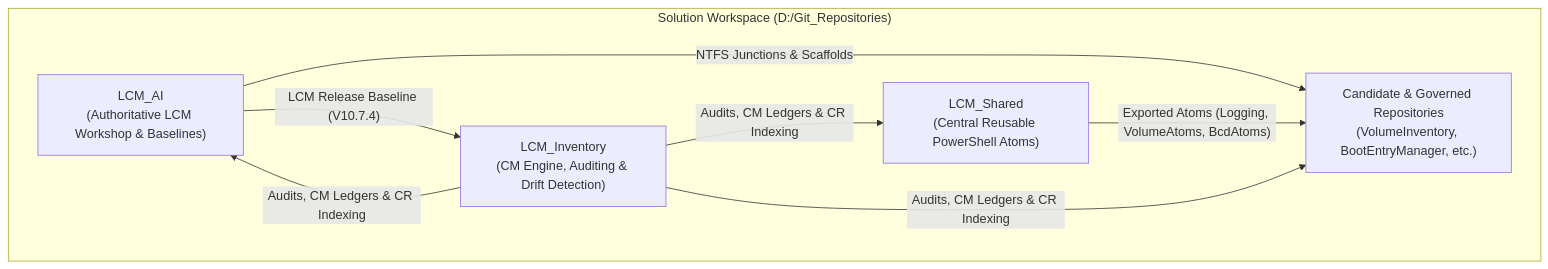
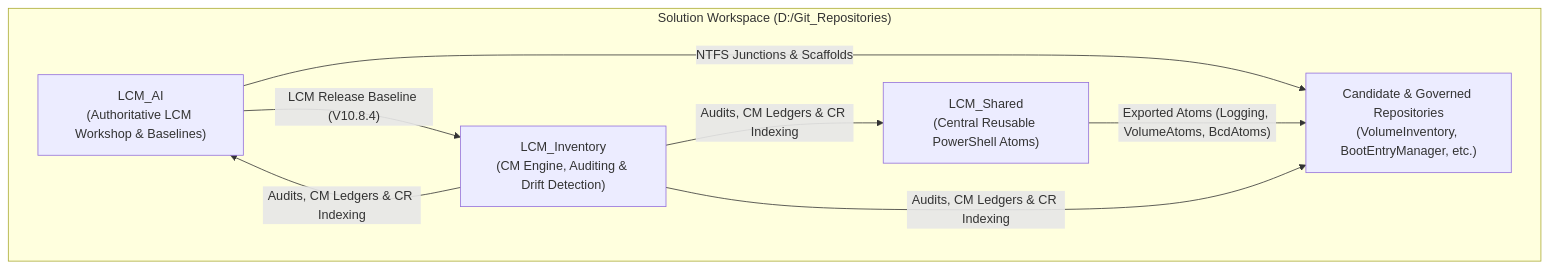
The diagram in .agents/ACTIVE_CONTEXT.md (rgbigel/LCM_AI), drawn with Mermaid before and after one commit. The commit also changed other lines of this file and 6 other files, not shown here.

````diff
--- a/.agents/ACTIVE_CONTEXT.md
+++ b/.agents/ACTIVE_CONTEXT.md
@@ -14,15 +14,15 @@
 ```mermaid
 graph TB
     subgraph SolutionWorkspace["Solution Workspace (D:/Git_Repositories)"]
         WAI["LCM_AI<br/>(Authoritative LCM Workshop & Baselines)"]
         WI["LCM_Inventory<br/>(CM Engine, Auditing & Drift Detection)"]
         SM["LCM_Shared<br/>(Central Reusable PowerShell Atoms)"]
         REPOS["Candidate & Governed Repositories<br/>(VolumeInventory, BootEntryManager, etc.)"]
     end
 
-    WAI -->|"LCM Release Baseline (V10.7.4)"| WI
+    WAI -->|"LCM Release Baseline (V10.8.4)"| WI
     WAI -->|"NTFS Junctions & Scaffolds"| REPOS
     SM -->|"Exported Atoms (Logging, VolumeAtoms, BcdAtoms)"| REPOS
     WI -->|"Audits, CM Ledgers & CR Indexing"| REPOS & WAI & SM
 
 ```
````
